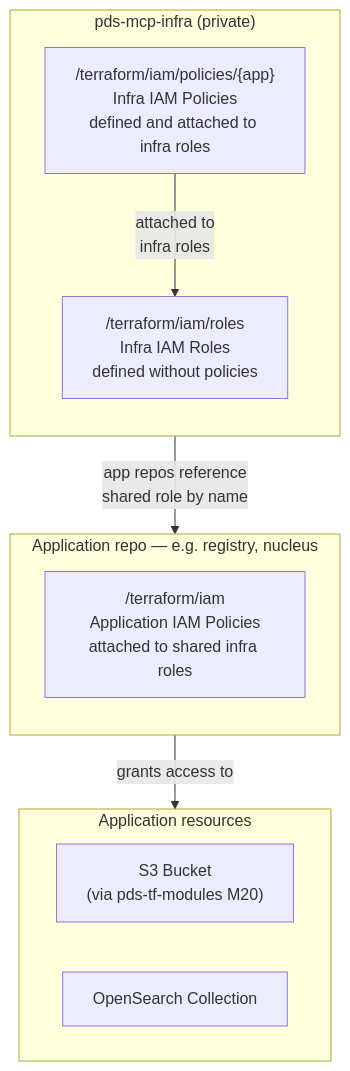
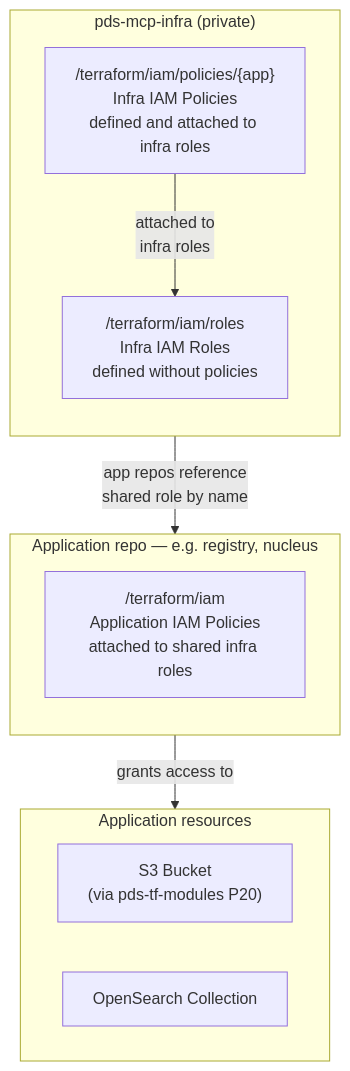
The second of 2 diagrams in TERRAFORM_GUIDELINES.md (NASA-PDS/terra-wrangler), drawn with Mermaid before and after one commit. The commit also changed other lines of this file and 4 other files, not shown here.

````diff
--- a/TERRAFORM_GUIDELINES.md
+++ b/TERRAFORM_GUIDELINES.md
@@ -423,22 +450,22 @@
 ```mermaid
 flowchart TD
     subgraph mcp["pds-mcp-infra (private)"]
         direction TB
         infra_roles["/terraform/iam/roles\nInfra IAM Roles\ndefined without policies"]
         infra_policies["/terraform/iam/policies/{app}\nInfra IAM Policies\ndefined and attached to infra roles"]
     end
 
     subgraph app["Application repo — e.g. registry, nucleus"]
         direction TB
         app_iam["/terraform/iam\nApplication IAM Policies\nattached to shared infra roles"]
     end
 
     subgraph resources["Application resources"]
-        s3["S3 Bucket\n(via pds-tf-modules M20)"]
+        s3["S3 Bucket\n(via pds-tf-modules P20)"]
         os["OpenSearch Collection"]
     end
 
     infra_roles -->|"app repos reference\nshared role by name"| app_iam
     infra_policies -->|"attached to\ninfra roles"| infra_roles
     app_iam -->|"grants access to"| resources
 ```
````
